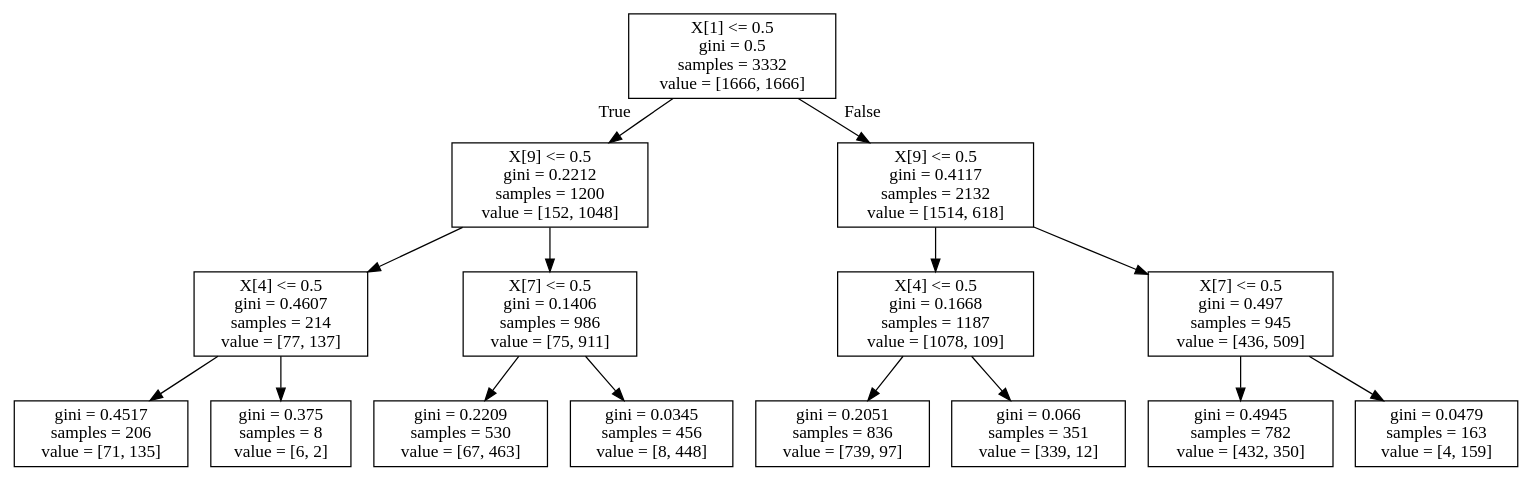
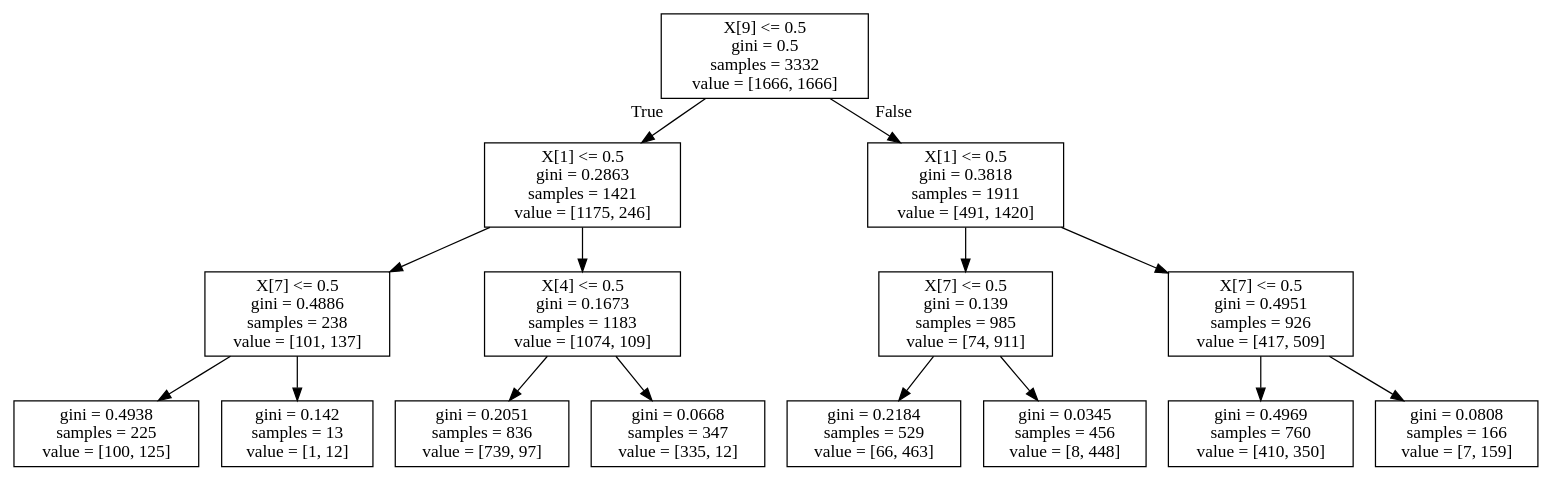
The diagram in yelp_dataset/DT_undersampled.dot (phinch/Rotten-Potatoes), drawn with Graphviz before and after one commit. The commit also changed 1 other file, not shown here.

```diff
--- a/yelp_dataset/DT_undersampled.dot
+++ b/yelp_dataset/DT_undersampled.dot
@@ -1,32 +1,32 @@
 digraph Tree {
 node [shape=box] ;
-0 [label="X[1] <= 0.5\ngini = 0.5\nsamples = 3332\nvalue = [1666, 1666]"] ;
-1 [label="X[9] <= 0.5\ngini = 0.2212\nsamples = 1200\nvalue = [152, 1048]"] ;
+0 [label="X[9] <= 0.5\ngini = 0.5\nsamples = 3332\nvalue = [1666, 1666]"] ;
+1 [label="X[1] <= 0.5\ngini = 0.2863\nsamples = 1421\nvalue = [1175, 246]"] ;
 0 -> 1 [labeldistance=2.5, labelangle=45, headlabel="True"] ;
-2 [label="X[4] <= 0.5\ngini = 0.4607\nsamples = 214\nvalue = [77, 137]"] ;
+2 [label="X[7] <= 0.5\ngini = 0.4886\nsamples = 238\nvalue = [101, 137]"] ;
 1 -> 2 ;
-3 [label="gini = 0.4517\nsamples = 206\nvalue = [71, 135]"] ;
+3 [label="gini = 0.4938\nsamples = 225\nvalue = [100, 125]"] ;
 2 -> 3 ;
-4 [label="gini = 0.375\nsamples = 8\nvalue = [6, 2]"] ;
+4 [label="gini = 0.142\nsamples = 13\nvalue = [1, 12]"] ;
 2 -> 4 ;
-5 [label="X[7] <= 0.5\ngini = 0.1406\nsamples = 986\nvalue = [75, 911]"] ;
+5 [label="X[4] <= 0.5\ngini = 0.1673\nsamples = 1183\nvalue = [1074, 109]"] ;
 1 -> 5 ;
-6 [label="gini = 0.2209\nsamples = 530\nvalue = [67, 463]"] ;
+6 [label="gini = 0.2051\nsamples = 836\nvalue = [739, 97]"] ;
 5 -> 6 ;
-7 [label="gini = 0.0345\nsamples = 456\nvalue = [8, 448]"] ;
+7 [label="gini = 0.0668\nsamples = 347\nvalue = [335, 12]"] ;
 5 -> 7 ;
-8 [label="X[9] <= 0.5\ngini = 0.4117\nsamples = 2132\nvalue = [1514, 618]"] ;
+8 [label="X[1] <= 0.5\ngini = 0.3818\nsamples = 1911\nvalue = [491, 1420]"] ;
 0 -> 8 [labeldistance=2.5, labelangle=-45, headlabel="False"] ;
-9 [label="X[4] <= 0.5\ngini = 0.1668\nsamples = 1187\nvalue = [1078, 109]"] ;
+9 [label="X[7] <= 0.5\ngini = 0.139\nsamples = 985\nvalue = [74, 911]"] ;
 8 -> 9 ;
-10 [label="gini = 0.2051\nsamples = 836\nvalue = [739, 97]"] ;
+10 [label="gini = 0.2184\nsamples = 529\nvalue = [66, 463]"] ;
 9 -> 10 ;
-11 [label="gini = 0.066\nsamples = 351\nvalue = [339, 12]"] ;
+11 [label="gini = 0.0345\nsamples = 456\nvalue = [8, 448]"] ;
 9 -> 11 ;
-12 [label="X[7] <= 0.5\ngini = 0.497\nsamples = 945\nvalue = [436, 509]"] ;
+12 [label="X[7] <= 0.5\ngini = 0.4951\nsamples = 926\nvalue = [417, 509]"] ;
 8 -> 12 ;
-13 [label="gini = 0.4945\nsamples = 782\nvalue = [432, 350]"] ;
+13 [label="gini = 0.4969\nsamples = 760\nvalue = [410, 350]"] ;
 12 -> 13 ;
-14 [label="gini = 0.0479\nsamples = 163\nvalue = [4, 159]"] ;
+14 [label="gini = 0.0808\nsamples = 166\nvalue = [7, 159]"] ;
 12 -> 14 ;
 }
```
